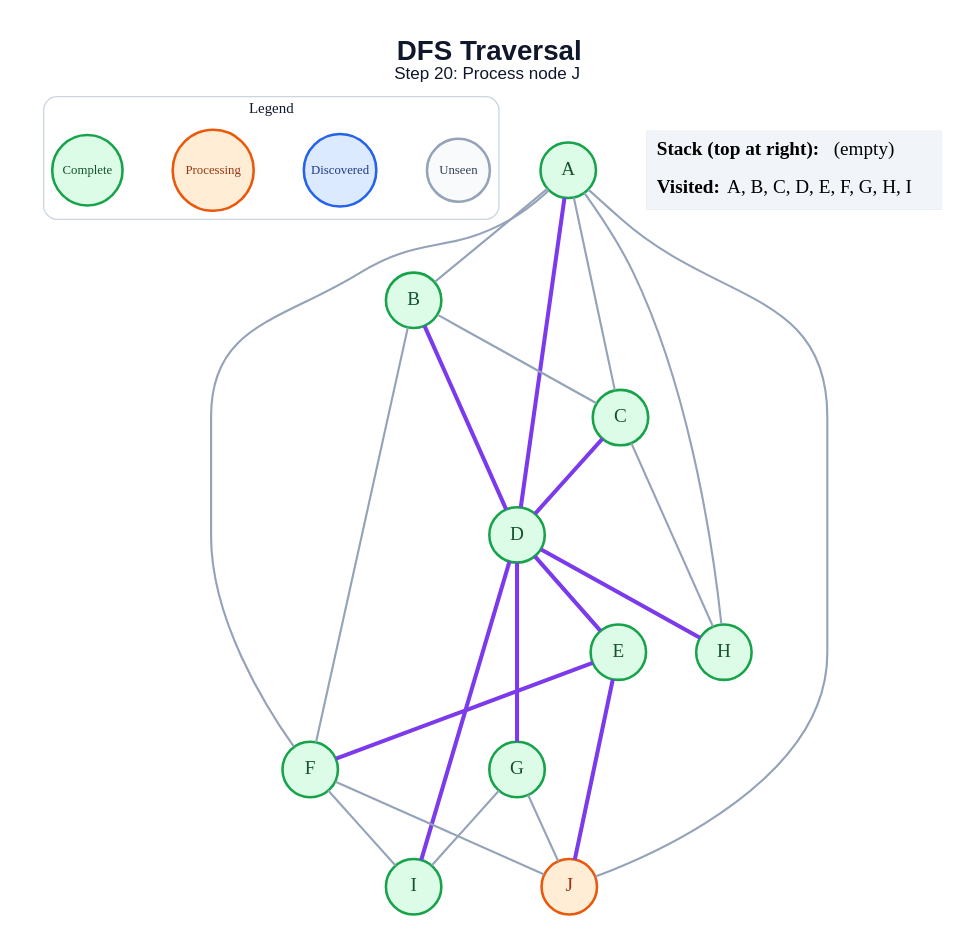
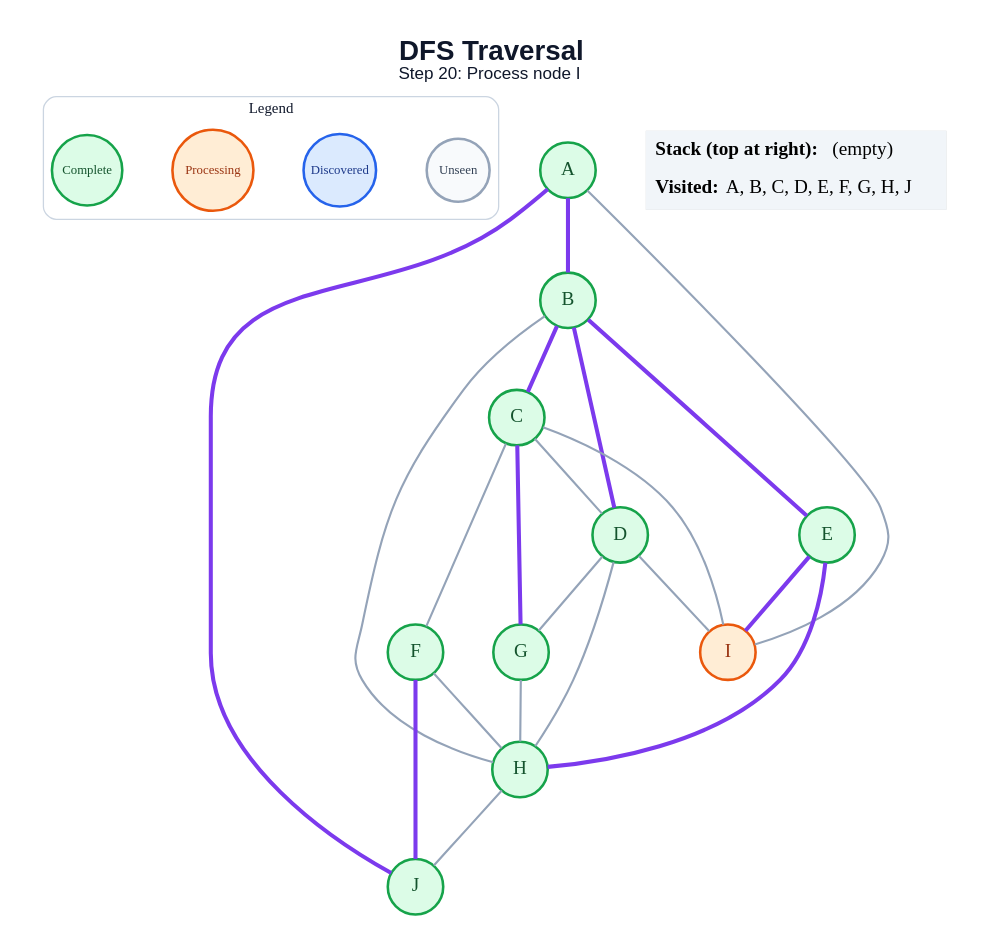
One commit to amanghodawala9/ai-slop changed the diagram in generated/specific-node/dfs/step_20.dot. Above: the diagram before and after it, drawn with Graphviz. The commit also changed 178 other files, not shown here.

```diff
--- a/generated/specific-node/dfs/step_20.dot
+++ b/generated/specific-node/dfs/step_20.dot
@@ -1,50 +1,49 @@
 graph traversal {
   graph [layout=dot, rankdir=TB, bgcolor="#FFFFFF", pad="0.35", nodesep="0.65", ranksep="0.8", fontname="Arial"];
   node [shape=circle, style="filled", fontname="Arial Bold", fontsize=18, width=0.72, fixedsize=true, penwidth=2.4];
   edge [color="#94A3B8", penwidth=2.0];
-  label=<<B>DFS Traversal</B><BR/><FONT POINT-SIZE="16">Step 20: Process node J</FONT>>; labelloc="t"; fontsize=26; fontname="Arial"; fontcolor="#0F172A";
+  label=<<B>DFS Traversal</B><BR/><FONT POINT-SIZE="16">Step 20: Process node I</FONT>>; labelloc="t"; fontsize=26; fontname="Arial"; fontcolor="#0F172A";
   subgraph cluster_legend { label="Legend"; color="#CBD5E1"; penwidth=1.2; style="rounded"; fontsize=14; fontname="Arial Bold";
     key_unseen [label="Unseen", fillcolor="#F8FAFC", color="#94A3B8", fontcolor="#334155", fontsize=12, width=0.82];
     key_frontier [label="Discovered", fillcolor="#DBEAFE", color="#2563EB", fontcolor="#1E3A8A", fontsize=12, width=0.95];
     key_current [label="Processing", fillcolor="#FFEDD5", color="#EA580C", fontcolor="#9A3412", fontsize=12, width=1.05];
     key_done [label="Complete", fillcolor="#DCFCE7", color="#16A34A", fontcolor="#14532D", fontsize=12, width=0.92];
     { rank=same; key_unseen; key_frontier; key_current; key_done; }
   }
   A [fillcolor="#DCFCE7", color="#16A34A", fontcolor="#14532D"];
   B [fillcolor="#DCFCE7", color="#16A34A", fontcolor="#14532D"];
   C [fillcolor="#DCFCE7", color="#16A34A", fontcolor="#14532D"];
   D [fillcolor="#DCFCE7", color="#16A34A", fontcolor="#14532D"];
   E [fillcolor="#DCFCE7", color="#16A34A", fontcolor="#14532D"];
   F [fillcolor="#DCFCE7", color="#16A34A", fontcolor="#14532D"];
   G [fillcolor="#DCFCE7", color="#16A34A", fontcolor="#14532D"];
   H [fillcolor="#DCFCE7", color="#16A34A", fontcolor="#14532D"];
-  I [fillcolor="#DCFCE7", color="#16A34A", fontcolor="#14532D"];
-  J [fillcolor="#FFEDD5", color="#EA580C", fontcolor="#9A3412"];
-  A -- B;
-  A -- C;
-  A -- D [color="#7C3AED", penwidth=3.8];
-  A -- F;
-  A -- H;
-  A -- J;
-  B -- C;
+  I [fillcolor="#FFEDD5", color="#EA580C", fontcolor="#9A3412"];
+  J [fillcolor="#DCFCE7", color="#16A34A", fontcolor="#14532D"];
+  A -- B [color="#7C3AED", penwidth=3.8];
+  A -- I;
+  A -- J [color="#7C3AED", penwidth=3.8];
+  B -- C [color="#7C3AED", penwidth=3.8];
   B -- D [color="#7C3AED", penwidth=3.8];
-  B -- F;
-  C -- D [color="#7C3AED", penwidth=3.8];
-  C -- H;
-  D -- E [color="#7C3AED", penwidth=3.8];
-  D -- G [color="#7C3AED", penwidth=3.8];
-  D -- H [color="#7C3AED", penwidth=3.8];
-  D -- I [color="#7C3AED", penwidth=3.8];
-  E -- F [color="#7C3AED", penwidth=3.8];
-  E -- J [color="#7C3AED", penwidth=3.8];
-  F -- I;
-  F -- J;
-  G -- I;
-  G -- J;
+  B -- E [color="#7C3AED", penwidth=3.8];
+  B -- H;
+  C -- D;
+  C -- F;
+  C -- G [color="#7C3AED", penwidth=3.8];
+  C -- I;
+  D -- G;
+  D -- H;
+  D -- I;
+  E -- H [color="#7C3AED", penwidth=3.8];
+  E -- I [color="#7C3AED", penwidth=3.8];
+  F -- H;
+  F -- J [color="#7C3AED", penwidth=3.8];
+  G -- H;
+  H -- J;
   status [shape=plain, fixedsize=false, width=0, height=0, margin=0, label=<
     <TABLE BORDER="0" CELLBORDER="0" CELLPADDING="7" BGCOLOR="#F1F5F9">
       <TR><TD ALIGN="LEFT"><B>Stack (top at right):</B> (empty)</TD></TR>
-      <TR><TD ALIGN="LEFT"><B>Visited:</B> A, B, C, D, E, F, G, H, I</TD></TR>
+      <TR><TD ALIGN="LEFT"><B>Visited:</B> A, B, C, D, E, F, G, H, J</TD></TR>
     </TABLE>
   >];
 }
```
